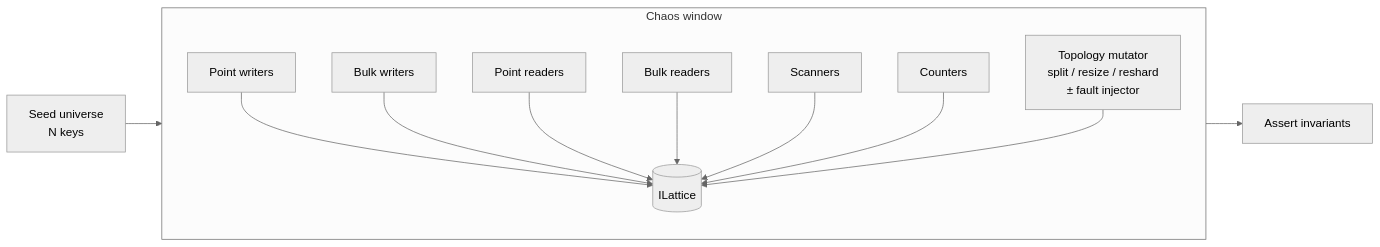
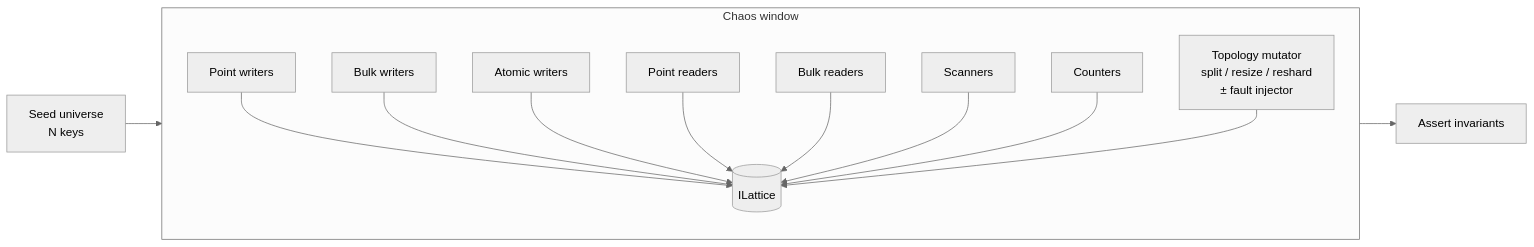
The first of 2 diagrams in docs/lattice/chaos-tests.md (NSTA1/Orleans.Lattice), drawn with Mermaid (neutral theme) before and after one commit. The commit also changed other lines of this file and 448 other files, not shown here.

````diff
--- a/docs/lattice/chaos-tests.md
+++ b/docs/lattice/chaos-tests.md
@@ -108,18 +124,19 @@
 ```mermaid
 flowchart LR
     Seed[Seed universe<br/>N keys] --> Chaos
 
     subgraph Chaos[Chaos window]
       direction TB
       PW[Point writers] --> Tree
       BW[Bulk writers] --> Tree
+      AW[Atomic writers] --> Tree
       PR[Point readers] --> Tree
       BR[Bulk readers] --> Tree
       SC[Scanners] --> Tree
       CT[Counters] --> Tree
       TM[Topology mutator<br/>split / resize / reshard<br/>± fault injector] --> Tree
       Tree[(ILattice)]
     end
 
     Chaos --> Assert[Assert invariants]
 ```
````
